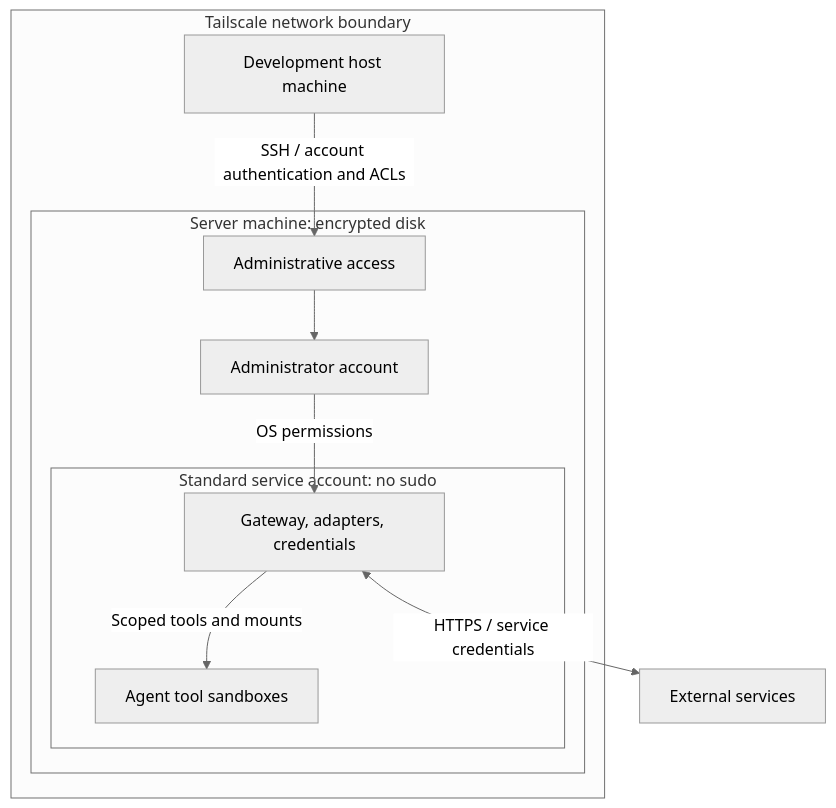
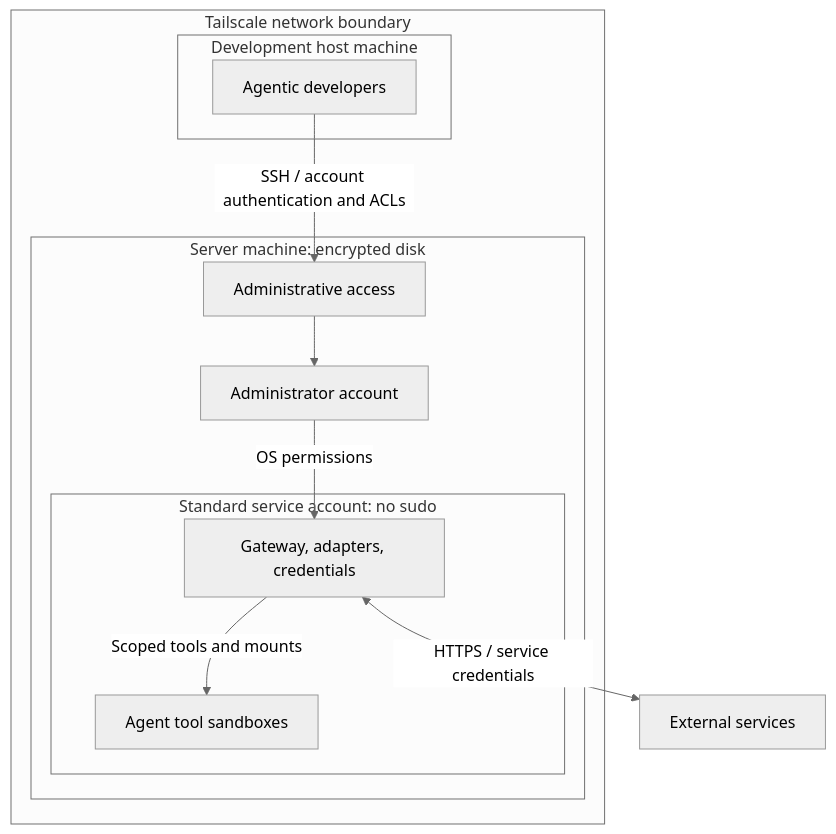
One commit to coletaylor788/puddles changed the second of 5 diagrams in docs/openclaw-setup/security-architecture.md. Above: the diagram before and after it, drawn with Mermaid (neutral theme). The commit also changed other lines of this file, not shown here.

Commit message:
Show agentic developers inside the development host

````diff
--- a/docs/openclaw-setup/security-architecture.md
+++ b/docs/openclaw-setup/security-architecture.md
@@ -67,21 +67,23 @@
 ```mermaid
 flowchart TB
     External["External services"]
     subgraph Tailnet["Tailscale network boundary"]
-        AdminDevice["Development host machine"]
+        subgraph DevMachine["Development host machine"]
+            Developers["Agentic developers"]
+        end
         subgraph Machine["Server machine: encrypted disk"]
             Login["Administrative access"]
             Admin["Administrator account"]
             subgraph Service["Standard service account: no sudo"]
                 Gateway["Gateway, adapters, credentials"]
                 Sandboxes["Agent tool sandboxes"]
             end
         end
     end
 
-    AdminDevice -->|"SSH / account authentication and ACLs"| Login
+    Developers -->|"SSH / account authentication and ACLs"| Login
     Login --> Admin
     Admin -->|"OS permissions"| Gateway
     Gateway -->|"Scoped tools and mounts"| Sandboxes
     Gateway <-->|"HTTPS / service credentials"| External
 ```
````
